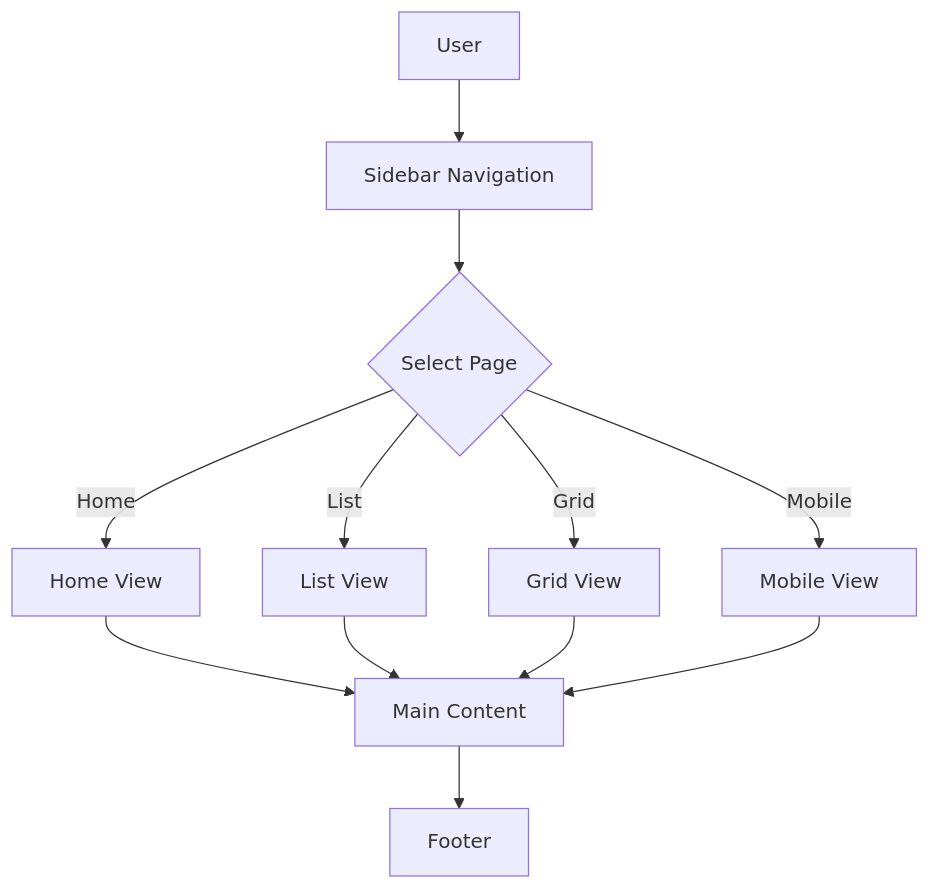
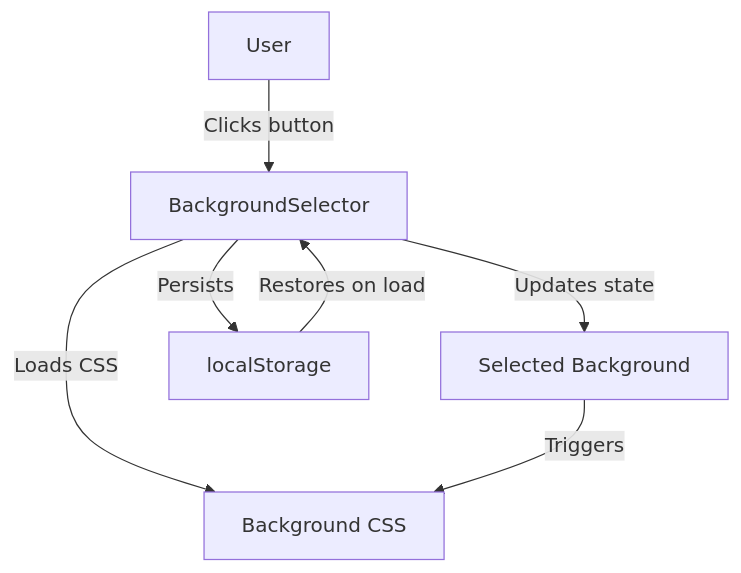
Before and after one commit to tejastechq/timezonepulse: the first of 2 diagrams in memory_docs/codeMap_root.md, drawn with Mermaid. The commit also changed other lines of this file and 21 other files, not shown here.

````diff
--- a/memory_docs/codeMap_root.md
+++ b/memory_docs/codeMap_root.md
@@ -104,11 +102,9 @@
 ```mermaid
 flowchart TD
-  A[User] --> B[Sidebar Navigation]
-  B --> C{Select Page}
-  C -->|Home| D[Home View]
-  C -->|List| E[List View]
-  C -->|Grid| F[Grid View]
-  C -->|Mobile| G[Mobile View]
-  D & E & F & G --> H[Main Content]
-  H --> I[Footer]
+  U[User] -->|Clicks button| BS[BackgroundSelector]
+  BS -->|Updates state| BG[Selected Background]
+  BS -->|Persists| LS[localStorage]
+  BS -->|Loads CSS| CSS[Background CSS]
+  BG -->|Triggers| CSS
+  LS -->|Restores on load| BS
 ```
````
